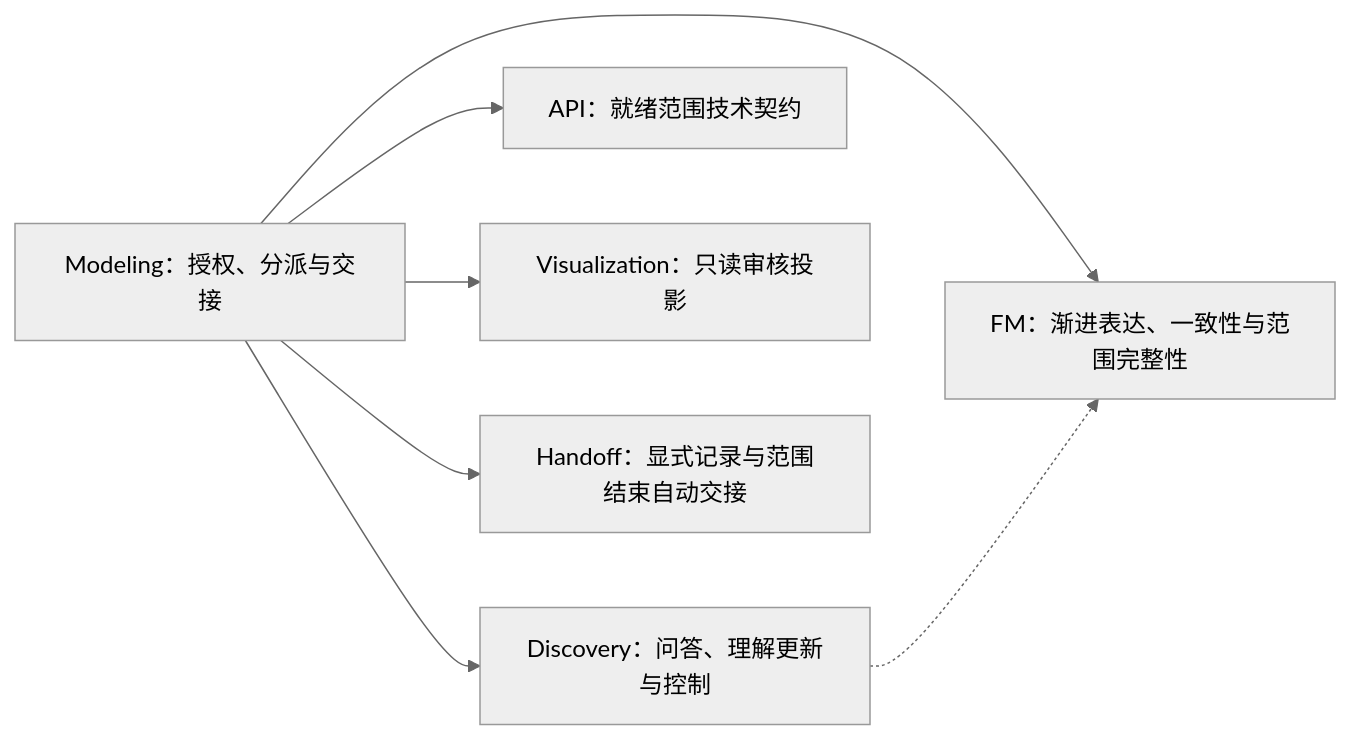
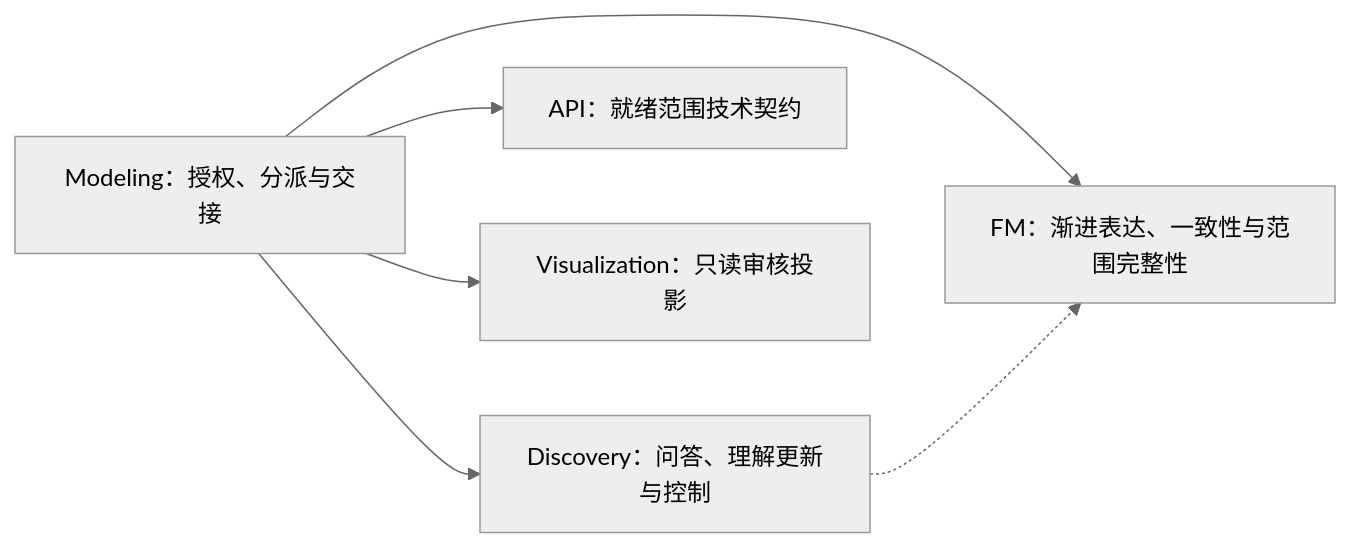
Before and after one commit to JayClock/Evidence-Framework: the first of 2 diagrams in .agents/skills/evidence-modeling/references/workflow.md, drawn with Mermaid (neutral theme). The commit also changed other lines of this file and 26 other files, not shown here.

````diff
--- a/.agents/skills/evidence-modeling/references/workflow.md
+++ b/.agents/skills/evidence-modeling/references/workflow.md
@@ -7,15 +7,13 @@
 ```mermaid
 flowchart LR
     modeling[Modeling：授权、分派与交接]
     discovery[Discovery：问答、理解更新与控制]
     fm[FM：渐进表达、一致性与范围完整性]
     api[API：就绪范围技术契约]
     visual[Visualization：只读审核投影]
-    manual[Handoff：显式记录与范围结束自动交接]
     modeling --> discovery
     modeling --> fm
     modeling --> api
     modeling --> visual
-    modeling --> manual
     discovery -.-> fm
 ```
````
